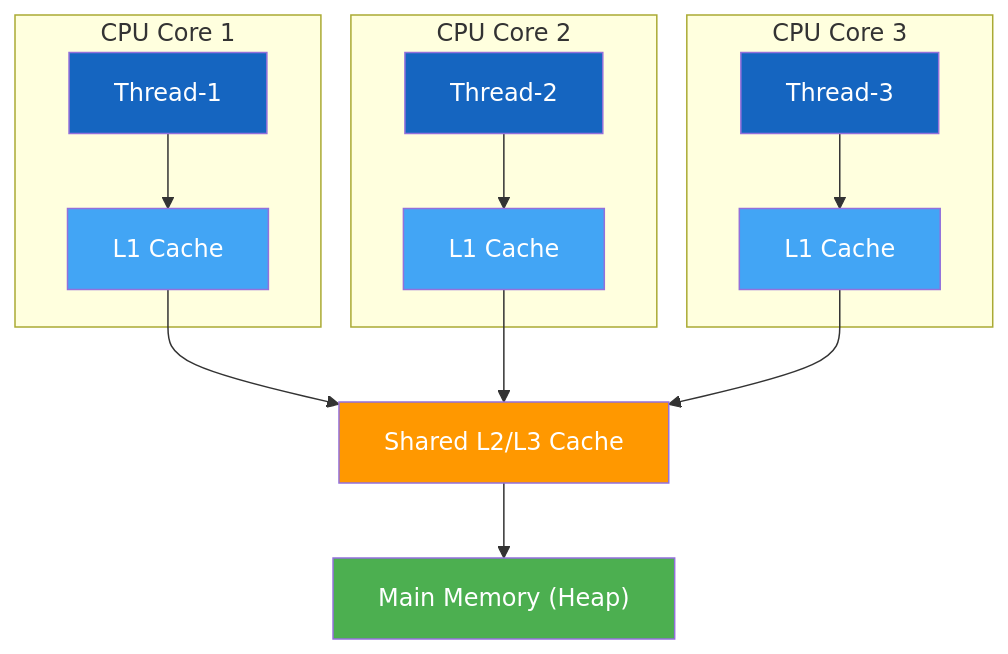
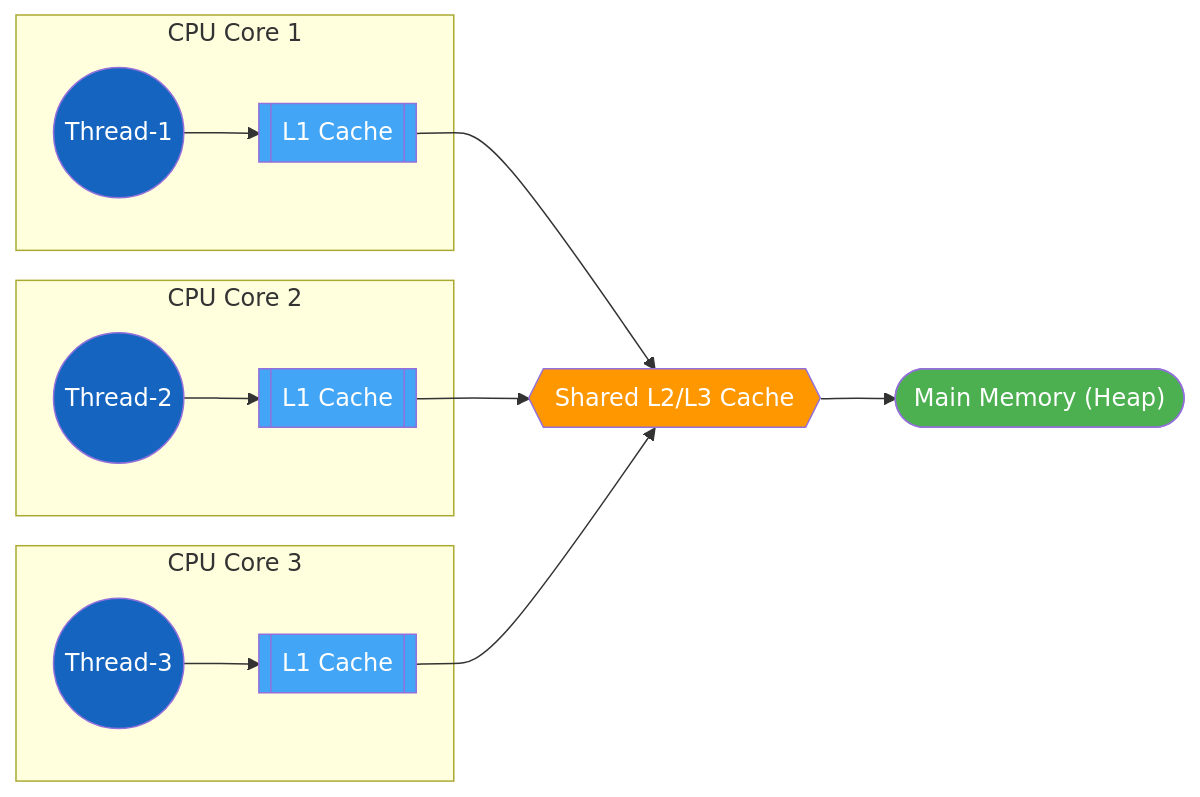
The first of 7 diagrams in docs/java/JavaMemoryModel.md (saivamsikaruturi/vamsilabs-dev-notes-main), drawn with Mermaid before and after one commit. The commit also changed other lines of this file and 146 other files, not shown here.

Commit message:
Horizontal diagrams, UML class diagrams, typography overhaul, and permalink cleanup

````diff
--- a/docs/java/JavaMemoryModel.md
+++ b/docs/java/JavaMemoryModel.md
@@ -16,37 +16,37 @@
 ```mermaid
-graph TD
+flowchart LR
     subgraph "CPU Core 1"
-        T1["Thread-1"]
-        L1_1["L1 Cache"]
+        T1(("Thread-1"))
+        L1_1[["L1 Cache"]]
         T1 --> L1_1
     end
 
     subgraph "CPU Core 2"
-        T2["Thread-2"]
-        L1_2["L1 Cache"]
+        T2(("Thread-2"))
+        L1_2[["L1 Cache"]]
         T2 --> L1_2
     end
 
     subgraph "CPU Core 3"
-        T3["Thread-3"]
-        L1_3["L1 Cache"]
+        T3(("Thread-3"))
+        L1_3[["L1 Cache"]]
         T3 --> L1_3
     end
 
-    L2["Shared L2/L3 Cache"]
-    MAIN["Main Memory (Heap)"]
+    L2{{"Shared L2/L3 Cache"}}
+    MAIN(["Main Memory (Heap)"])
 
     L1_1 --> L2
     L1_2 --> L2
     L1_3 --> L2
     L2 --> MAIN
 
     style T1 fill:#1565C0,color:#fff
     style T2 fill:#1565C0,color:#fff
     style T3 fill:#1565C0,color:#fff
     style L1_1 fill:#42A5F5,color:#fff
     style L1_2 fill:#42A5F5,color:#fff
     style L1_3 fill:#42A5F5,color:#fff
     style L2 fill:#FF9800,color:#fff
     style MAIN fill:#4CAF50,color:#fff
 ```
````
